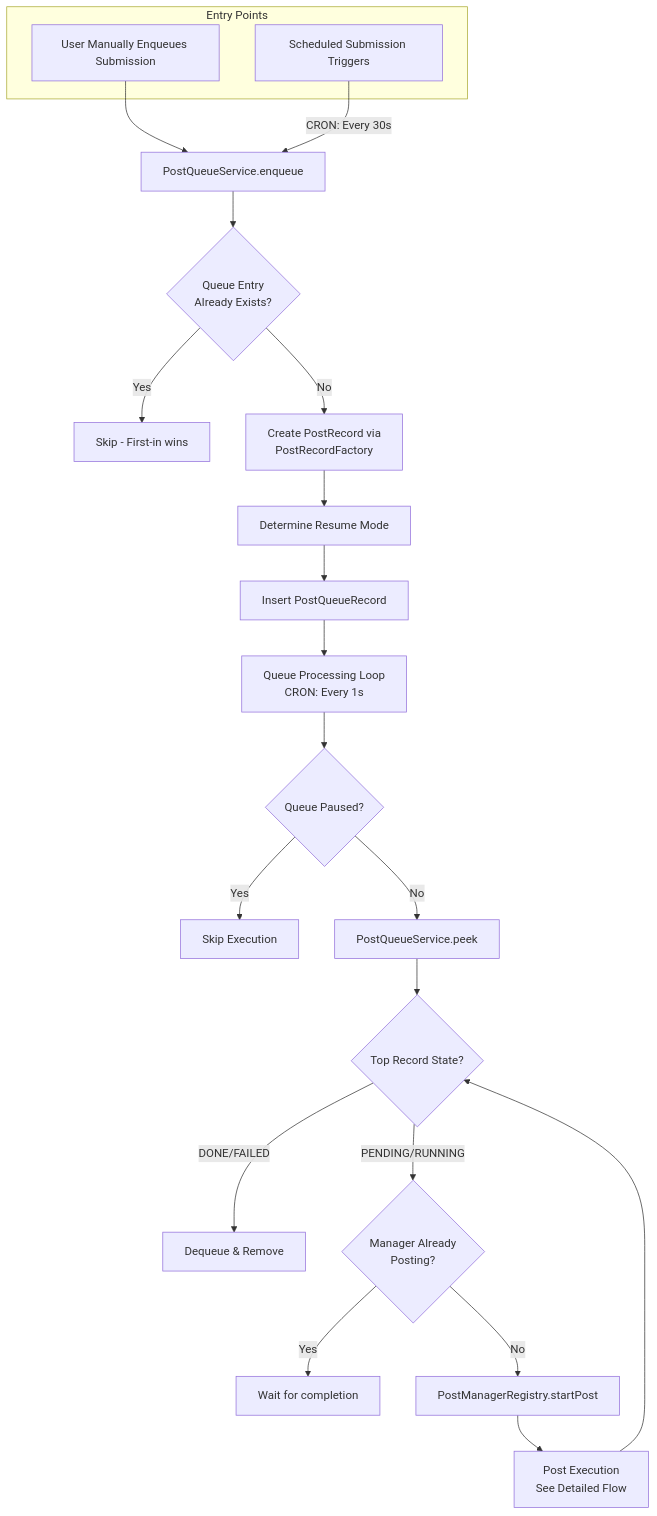
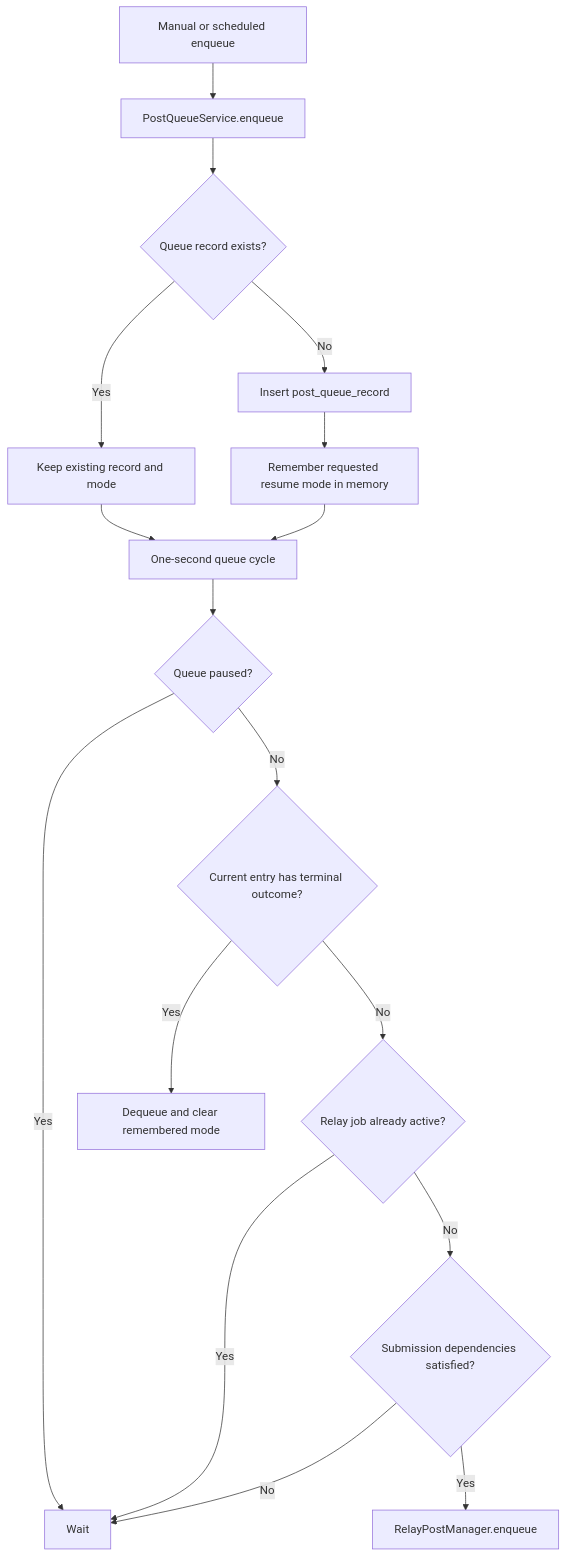
The first of 4 diagrams in docs/POST_QUEUE_FLOWS.md (mvdicarlo/postybirb), drawn with Mermaid before and after one commit. The commit also changed other lines of this file and 18 other files, not shown here.

````diff
--- a/docs/POST_QUEUE_FLOWS.md
+++ b/docs/POST_QUEUE_FLOWS.md
@@ -7,33 +8,20 @@
 ```mermaid
 flowchart TD
-    subgraph Entry Points
-        A[User Manually Enqueues Submission]
-        B[Scheduled Submission Triggers]
-    end
+    A[Manual or scheduled enqueue] --> B[PostQueueService.enqueue]
+    B --> C{Queue record exists?}
+    C -->|Yes| D[Keep existing record and mode]
+    C -->|No| E[Insert post_queue_record]
+    E --> F[Remember requested resume mode in memory]
 
-    A --> C[PostQueueService.enqueue]
-    B -->|CRON: Every 30s| C
-
-    C --> D{Queue Entry<br/>Already Exists?}
-    D -->|Yes| E[Skip - First-in wins]
-    D -->|No| F[Create PostRecord via<br/>PostRecordFactory]
-
-    F --> G[Determine Resume Mode]
-    G --> H[Insert PostQueueRecord]
-
-    H --> I[Queue Processing Loop<br/>CRON: Every 1s]
-
-    I --> J{Queue Paused?}
-    J -->|Yes| K[Skip Execution]
-    J -->|No| L[PostQueueService.peek]
-
-    L --> M{Top Record State?}
-    M -->|DONE/FAILED| N[Dequeue & Remove]
-    M -->|PENDING/RUNNING| O{Manager Already<br/>Posting?}
-
-    O -->|Yes| P[Wait for completion]
-    O -->|No| Q[PostManagerRegistry.startPost]
-
-    Q --> R[Post Execution<br/>See Detailed Flow]
-    R --> M
+    D --> G[One-second queue cycle]
+    F --> G
+    G --> H{Queue paused?}
+    H -->|Yes| I[Wait]
+    H -->|No| J{Current entry has terminal outcome?}
+    J -->|Yes| K[Dequeue and clear remembered mode]
+    J -->|No| L{Relay job already active?}
+    L -->|Yes| I
+    L -->|No| M{Submission dependencies satisfied?}
+    M -->|No| I
+    M -->|Yes| N[RelayPostManager.enqueue]
 ```
````
